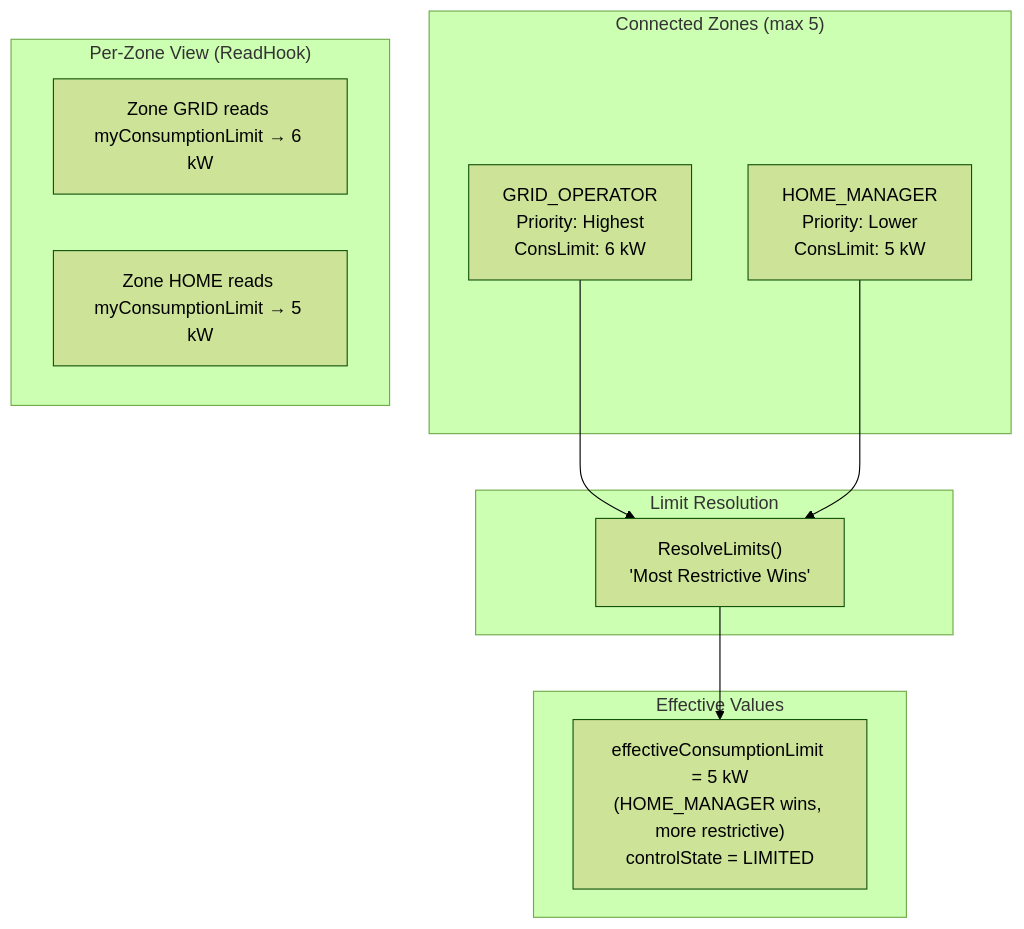
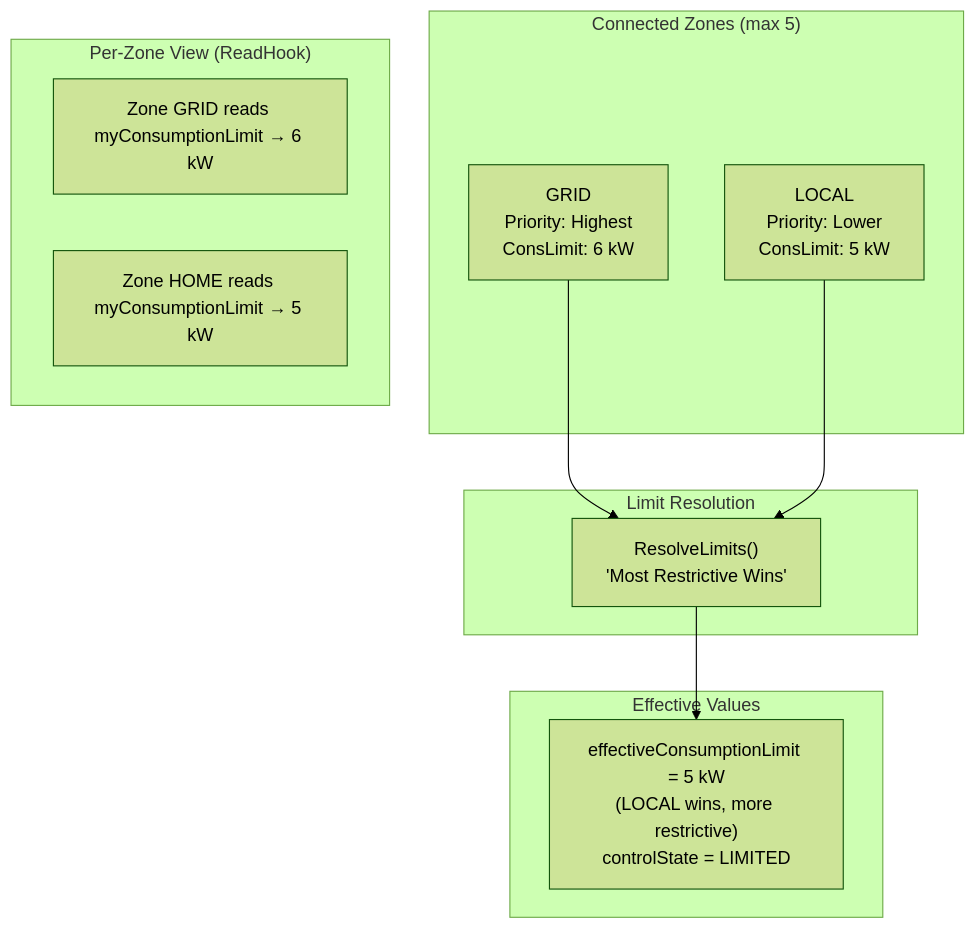
Diagram 14 of 27 in docs/stack-architecture.md (DerAndereAndi/mash), drawn with Mermaid (forest theme) before and after one commit. The commit also changed other lines of this file and 21 other files, not shown here.

````diff
--- a/docs/stack-architecture.md
+++ b/docs/stack-architecture.md
@@ -822,24 +822,24 @@
 ```mermaid
 flowchart TD
     subgraph Zones["Connected Zones (max 5)"]
-        Z1["GRID_OPERATOR<br/>Priority: Highest<br/>ConsLimit: 6 kW"]
-        Z2["HOME_MANAGER<br/>Priority: Lower<br/>ConsLimit: 5 kW"]
+        Z1["GRID<br/>Priority: Highest<br/>ConsLimit: 6 kW"]
+        Z2["LOCAL<br/>Priority: Lower<br/>ConsLimit: 5 kW"]
     end
 
     subgraph Resolution["Limit Resolution"]
         RES["ResolveLimits()<br/>'Most Restrictive Wins'"]
     end
 
     subgraph Result["Effective Values"]
-        EFF["effectiveConsumptionLimit = 5 kW<br/>(HOME_MANAGER wins, more restrictive)<br/>controlState = LIMITED"]
+        EFF["effectiveConsumptionLimit = 5 kW<br/>(LOCAL wins, more restrictive)<br/>controlState = LIMITED"]
     end
 
     Z1 --> RES
     Z2 --> RES
     RES --> EFF
 
     subgraph PerZone["Per-Zone View (ReadHook)"]
         MY1["Zone GRID reads myConsumptionLimit → 6 kW"]
         MY2["Zone HOME reads myConsumptionLimit → 5 kW"]
     end
 ```
````
